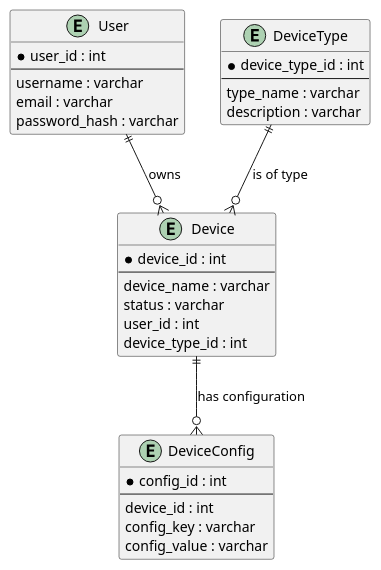
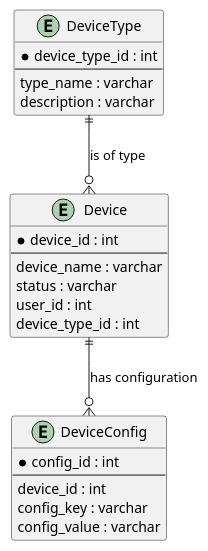
One commit to artsdeep/architecture-sprint-3 changed the diagram in docs/1.3.puml. Above: the diagram before and after it, drawn with PlantUML. The commit also changed 11 other files, not shown here.

```diff
--- a/docs/1.3.puml
+++ b/docs/1.3.puml
@@ -1,37 +1,28 @@
 @startuml
-entity User {
-  * user_id : int
-  --
-  username : varchar
-  email : varchar
-  password_hash : varchar
-}
-
 entity Device {
   * device_id : int
   --
   device_name : varchar
   status : varchar
   user_id : int
   device_type_id : int
 }
 
 entity DeviceType {
   * device_type_id : int
   --
   type_name : varchar
   description : varchar
 }
 
 entity DeviceConfig {
   * config_id : int
   --
   device_id : int
   config_key : varchar
   config_value : varchar
 }
 
-User ||--o{ Device : "owns"
 DeviceType ||--o{ Device : "is of type"
 Device ||--o{ DeviceConfig : "has configuration"
 @enduml
```
